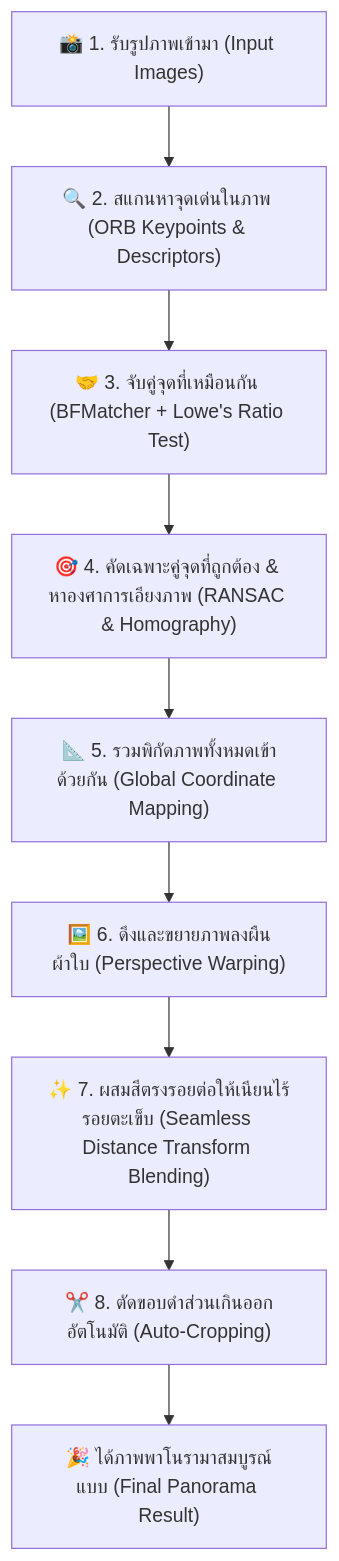
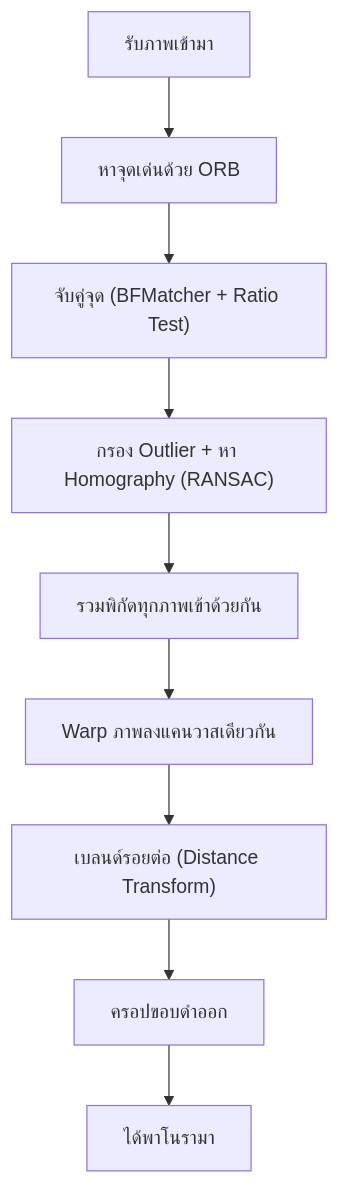
Before and after one commit to NuttavutSwu/Automatic-Panorama-Stitcher: the diagram in README.md, drawn with Mermaid. The commit also changed other lines of this file, not shown here.

````diff
--- a/README.md
+++ b/README.md
@@ -36,11 +23,11 @@
 ```mermaid
 flowchart TD
-    A["📸 1. รับรูปภาพเข้ามา (Input Images)"] --> B["🔍 2. สแกนหาจุดเด่นในภาพ (ORB Keypoints & Descriptors)"]
-    B --> C["🤝 3. จับคู่จุดที่เหมือนกัน (BFMatcher + Lowe's Ratio Test)"]
-    C --> D["🎯 4. คัดเฉพาะคู่จุดที่ถูกต้อง & หาองศาการเอียงภาพ (RANSAC & Homography)"]
-    D --> E["📐 5. รวมพิกัดภาพทั้งหมดเข้าด้วยกัน (Global Coordinate Mapping)"]
-    E --> F["🖼️ 6. ดึงและขยายภาพลงผืนผ้าใบ (Perspective Warping)"]
-    F --> G["✨ 7. ผสมสีตรงรอยต่อให้เนียนไร้รอยตะเข็บ (Seamless Distance Transform Blending)"]
-    G --> H["✂️ 8. ตัดขอบดำส่วนเกินออกอัตโนมัติ (Auto-Cropping)"]
-    H --> I["🎉 ได้ภาพพาโนรามาสมบูรณ์แบบ (Final Panorama Result)"]
+    A["รับภาพเข้ามา"] --> B["หาจุดเด่นด้วย ORB"]
+    B --> C["จับคู่จุด (BFMatcher + Ratio Test)"]
+    C --> D["กรอง Outlier + หา Homography (RANSAC)"]
+    D --> E["รวมพิกัดทุกภาพเข้าด้วยกัน"]
+    E --> F["Warp ภาพลงแคนวาสเดียวกัน"]
+    F --> G["เบลนด์รอยต่อ (Distance Transform)"]
+    G --> H["ครอปขอบดำออก"]
+    H --> I["ได้พาโนรามา"]
 ```
````
